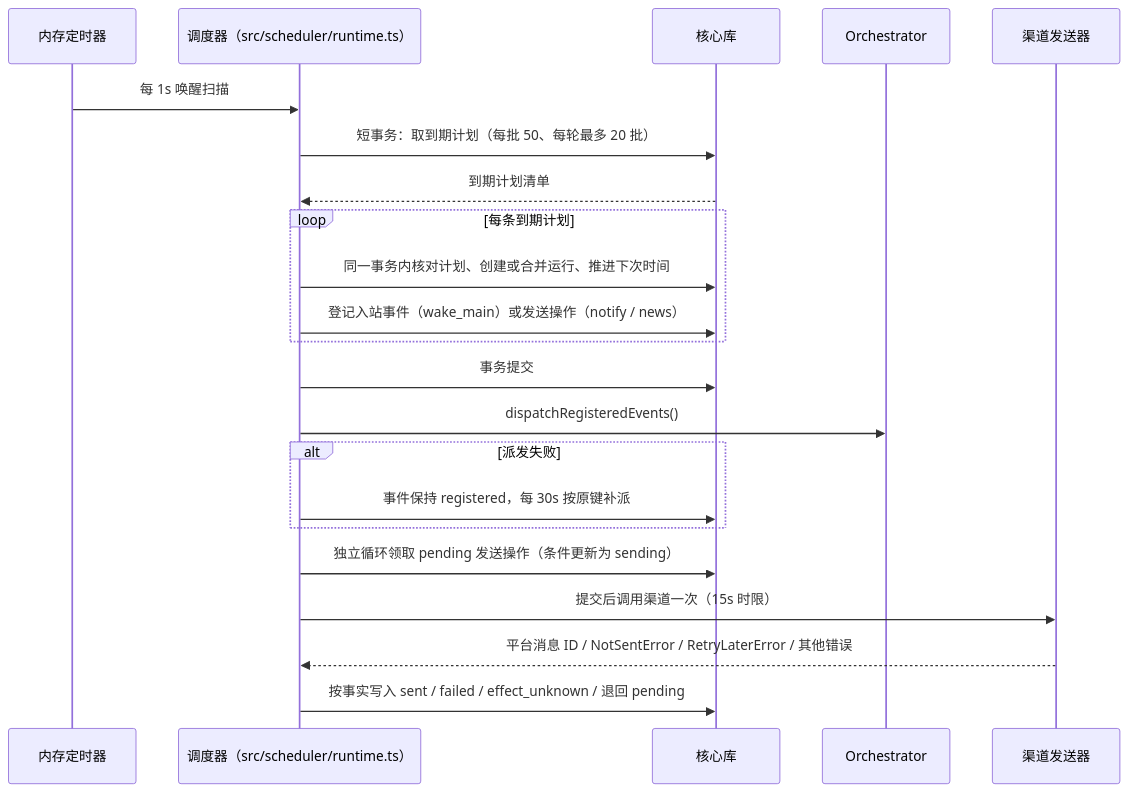
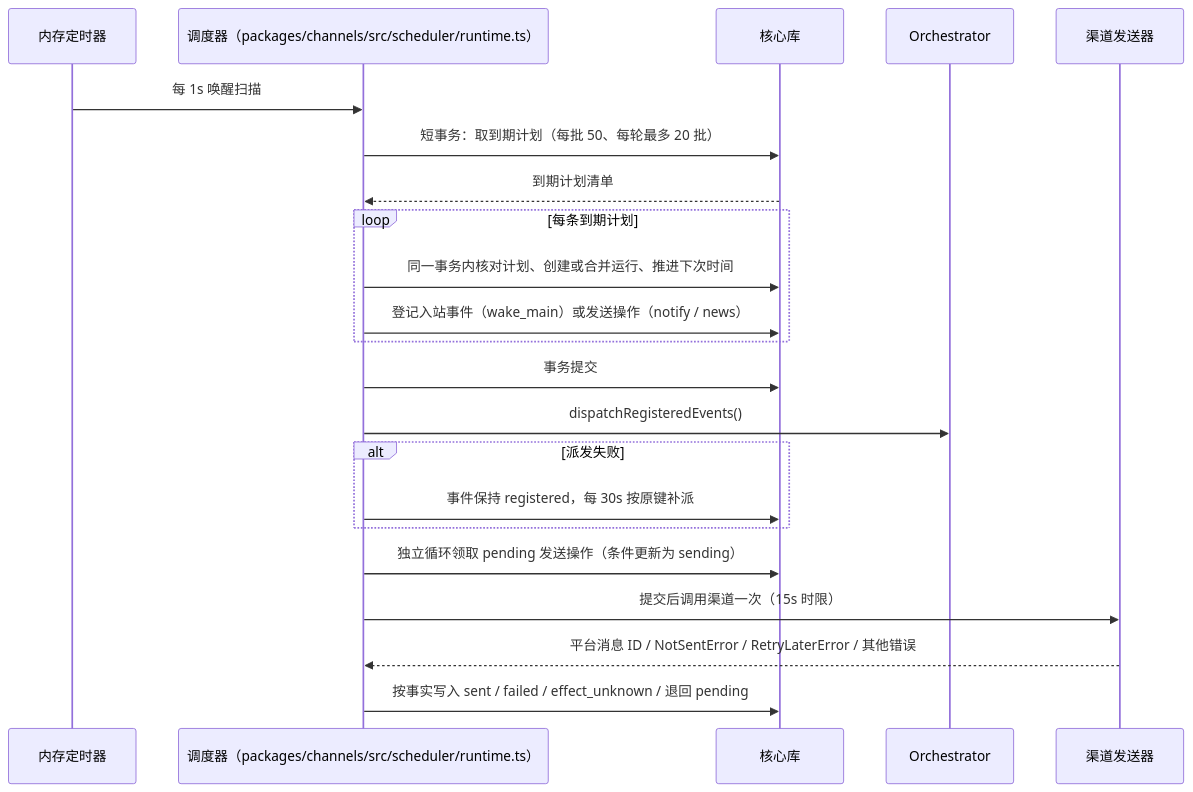
The third of 3 diagrams in docs/modules/scheduler.md (num-lab/Ruukoto), drawn with Mermaid before and after one commit. The commit also changed other lines of this file and 402 other files, not shown here.

````diff
--- a/docs/modules/scheduler.md
+++ b/docs/modules/scheduler.md
@@ -104,25 +104,25 @@
 ```mermaid
 sequenceDiagram
   participant T as 内存定时器
-  participant S as 调度器（src/scheduler/runtime.ts）
+  participant S as 调度器（packages/channels/src/scheduler/runtime.ts）
   participant DB as 核心库
   participant O as Orchestrator
   participant C as 渠道发送器
 
   T->>S: 每 1s 唤醒扫描
   S->>DB: 短事务：取到期计划（每批 50、每轮最多 20 批）
   DB-->>S: 到期计划清单
   loop 每条到期计划
     S->>DB: 同一事务内核对计划、创建或合并运行、推进下次时间
     S->>DB: 登记入站事件（wake_main）或发送操作（notify / news）
   end
   S->>DB: 事务提交
   S->>O: dispatchRegisteredEvents()
   alt 派发失败
     S->>DB: 事件保持 registered，每 30s 按原键补派
   end
   S->>DB: 独立循环领取 pending 发送操作（条件更新为 sending）
   S->>C: 提交后调用渠道一次（15s 时限）
   C-->>S: 平台消息 ID / NotSentError / RetryLaterError / 其他错误
   S->>DB: 按事实写入 sent / failed / effect_unknown / 退回 pending
 ```
````
